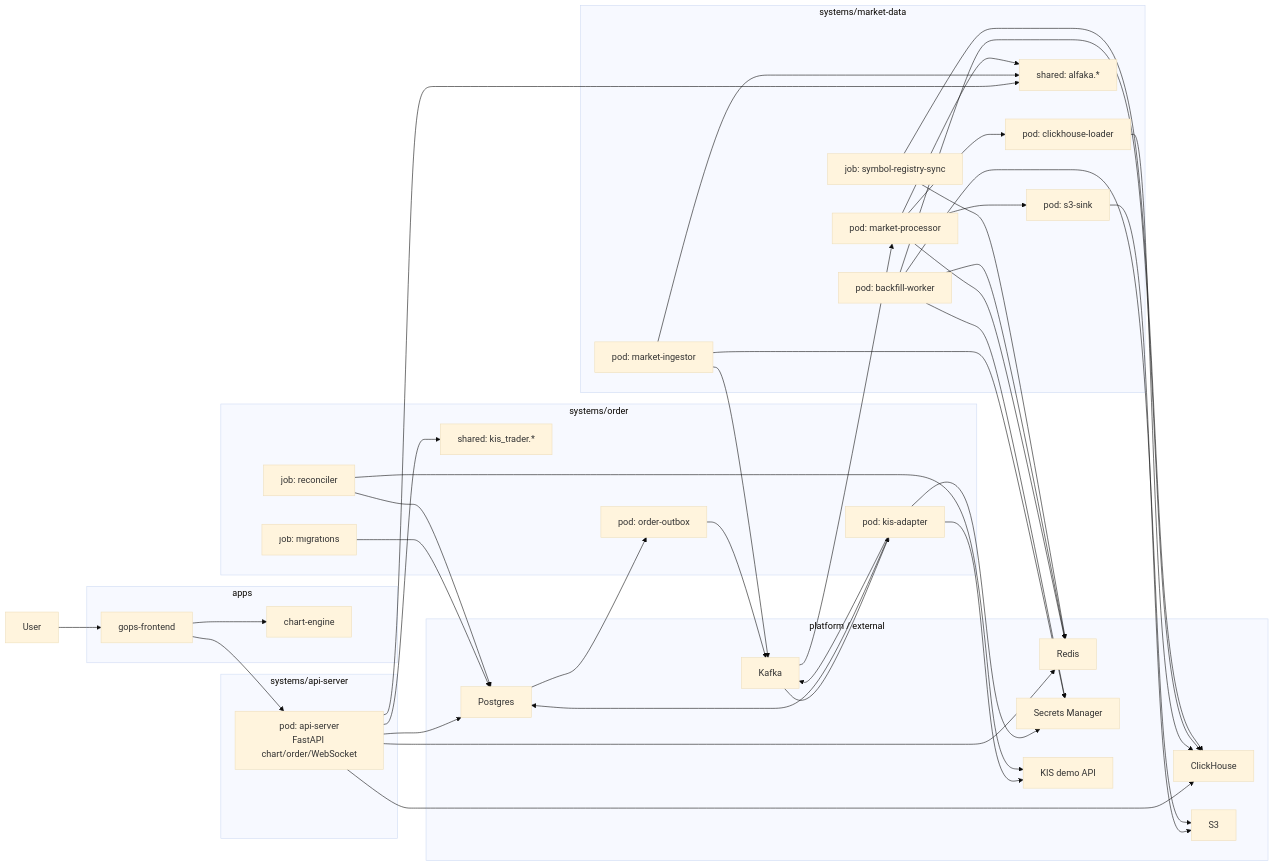
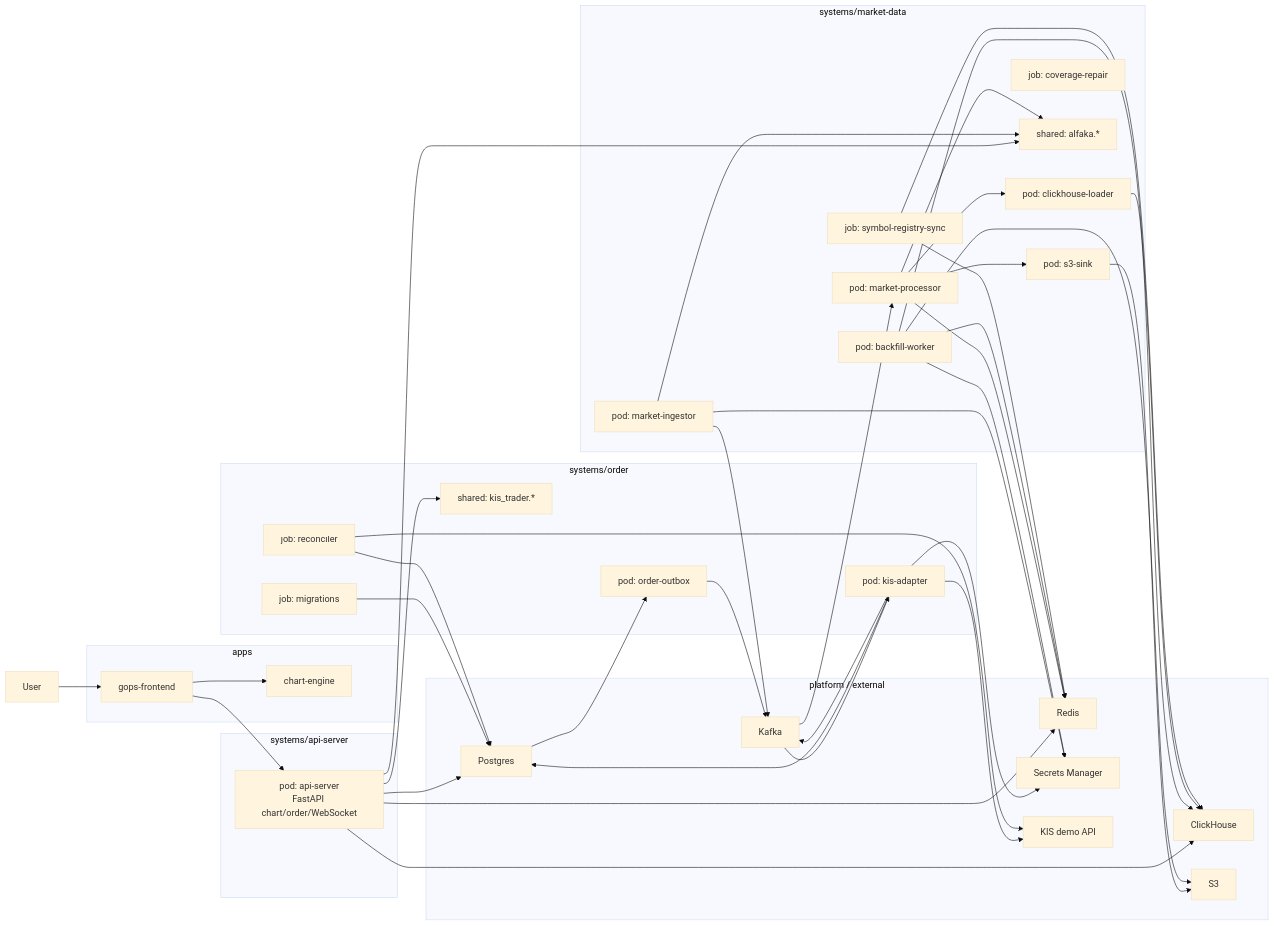
The diagram in docs/ARCHITECTURE.md (seunglee10/GOPS-BE), drawn with Mermaid (base theme) before and after one commit. The commit also changed 20 other files, not shown here.

Commit message:
chore: harden local chart data runtime

````diff
--- a/docs/ARCHITECTURE.md
+++ b/docs/ARCHITECTURE.md
@@ -41,79 +41,80 @@
 ```mermaid
 flowchart LR
   User["User"]
 
   subgraph Apps["apps"]
     Frontend["gops-frontend"]
     ChartEngine["chart-engine"]
   end
 
   subgraph Api["systems/api-server"]
     ApiServer["pod: api-server<br/>FastAPI chart/order/WebSocket"]
   end
 
   subgraph Market["systems/market-data"]
     Ingestor["pod: market-ingestor"]
     Processor["pod: market-processor"]
     S3Sink["pod: s3-sink"]
     CHLoader["pod: clickhouse-loader"]
     Backfill["pod: backfill-worker"]
     Registry["job: symbol-registry-sync"]
+    CoverageRepair["job: coverage-repair"]
     MarketShared["shared: alfaka.*"]
   end
 
   subgraph Order["systems/order"]
     Outbox["pod: order-outbox"]
     KISAdapter["pod: kis-adapter"]
     Migrations["job: migrations"]
     Reconciler["job: reconciler"]
     OrderShared["shared: kis_trader.*"]
   end
 
   subgraph Platform["platform / external"]
     Kafka["Kafka"]
     Redis["Redis"]
     Postgres["Postgres"]
     ClickHouse["ClickHouse"]
     S3["S3"]
     Secrets["Secrets Manager"]
     KIS["KIS demo API"]
   end
 
   User --> Frontend
   Frontend --> ChartEngine
   Frontend --> ApiServer
 
   ApiServer --> Redis
   ApiServer --> ClickHouse
   ApiServer --> Postgres
   ApiServer --> MarketShared
   ApiServer --> OrderShared
 
   Ingestor --> Kafka
   Ingestor --> Secrets
   Ingestor --> MarketShared
   Kafka --> Processor
   Processor --> Redis
   Processor --> S3Sink
   Processor --> CHLoader
   Processor --> MarketShared
   S3Sink --> S3
   CHLoader --> ClickHouse
   Backfill --> Redis
   Backfill --> S3
   Backfill --> ClickHouse
   Backfill --> Secrets
   Registry --> Redis
   Registry --> ClickHouse
 
   Migrations --> Postgres
   Postgres --> Outbox
   Outbox --> Kafka
   Kafka --> KISAdapter
   KISAdapter --> KIS
   KISAdapter --> Postgres
   KISAdapter --> Kafka
   KISAdapter --> Secrets
   Reconciler --> Postgres
   Reconciler --> KIS
 ```
````
